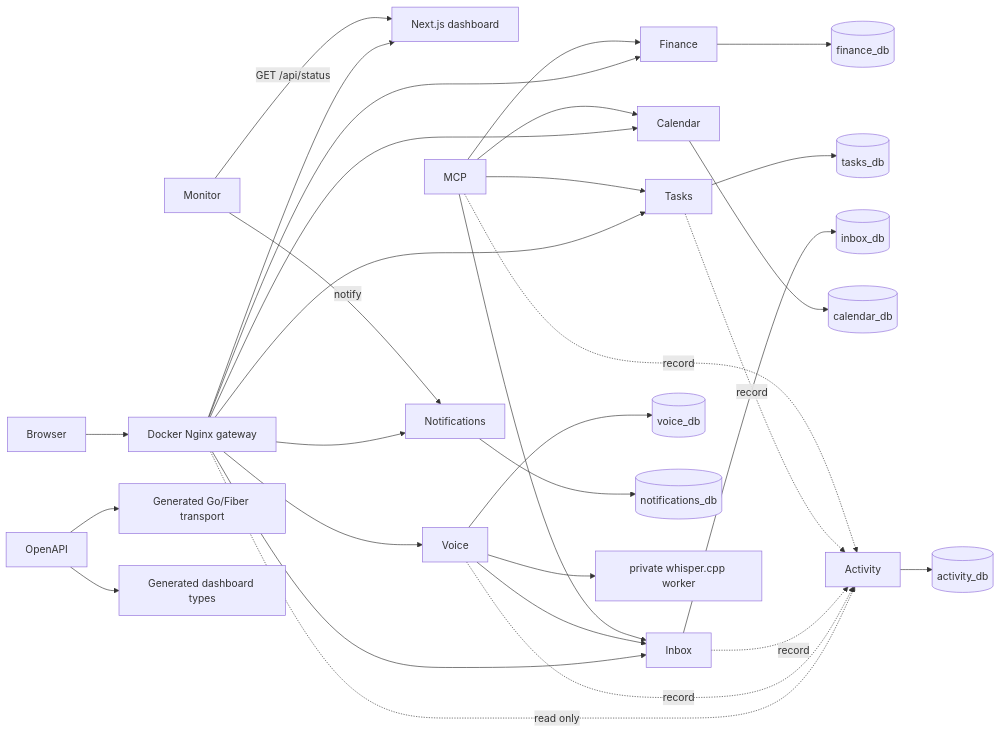
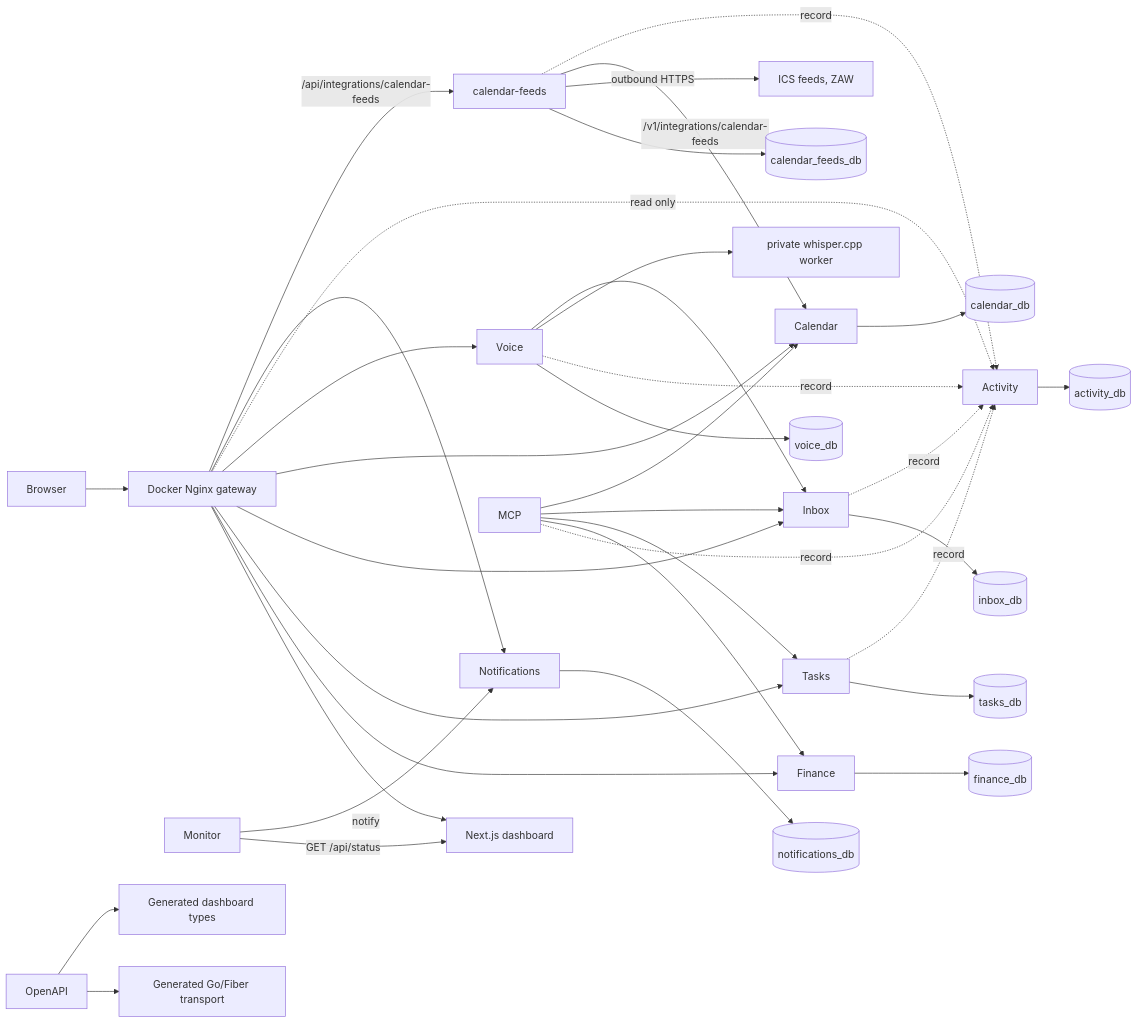
Before and after one commit to GAMch1k/life-os: the diagram in docs/architecture/overview.md, drawn with Mermaid. The commit also changed other lines of this file and 10 other files, not shown here.

First line of the commit message:
P11-08 document calendar-feeds and the feeds handoff

````diff
--- a/docs/architecture/overview.md
+++ b/docs/architecture/overview.md
@@ -5,26 +5,30 @@
 ```mermaid
 flowchart LR
   Browser --> Gateway[Docker Nginx gateway]
   Gateway --> Dashboard[Next.js dashboard]
   Gateway --> Finance --> FDB[(finance_db)]
   Gateway --> Tasks --> TDB[(tasks_db)]
   Gateway --> Inbox --> IDB[(inbox_db)]
   Gateway --> Calendar --> CDB[(calendar_db)]
   Gateway --> Voice --> VDB[(voice_db)]
   Gateway -. read only .-> Activity --> ADB[(activity_db)]
   Gateway --> Notifications --> NDB[(notifications_db)]
+  Gateway -- "/api/integrations/calendar-feeds" --> Feeds[calendar-feeds] --> FFDB[(calendar_feeds_db)]
+  Feeds -- "outbound HTTPS" --> ICS[ICS feeds, ZAW]
+  Feeds -- "/v1/integrations/calendar-feeds" --> Calendar
+  Feeds -. record .-> Activity
   Monitor -- "GET /api/status" --> Dashboard
   Monitor -- notify --> Notifications
   Voice -. record .-> Activity
   Inbox -. record .-> Activity
   Tasks -. record .-> Activity
   MCP -. record .-> Activity
   Voice --> Whisper[private whisper.cpp worker]
   Voice --> Inbox
   MCP --> Finance
   MCP --> Tasks
   MCP --> Inbox
   MCP --> Calendar
   OpenAPI --> Go[Generated Go/Fiber transport]
   OpenAPI --> TS[Generated dashboard types]
 ```
````
